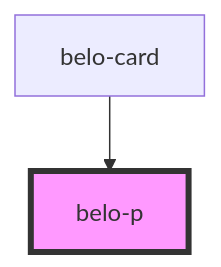
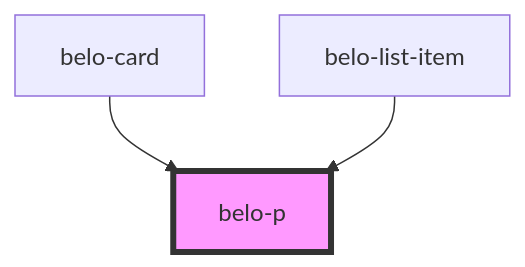
One commit to KonstantinBelenko/Belo changed the diagram in src/components/belo-p/readme.md. Above: the diagram before and after it, drawn with Mermaid. The commit also changed other lines of this file and 11 other files, not shown here.

Commit message:
created list item component + MDX update

````diff
--- a/src/components/belo-p/readme.md
+++ b/src/components/belo-p/readme.md
@@ -22,5 +23,6 @@
 ```mermaid
 graph TD;
   belo-card --> belo-p
+  belo-list-item --> belo-p
   style belo-p fill:#f9f,stroke:#333,stroke-width:4px
 ```
````
